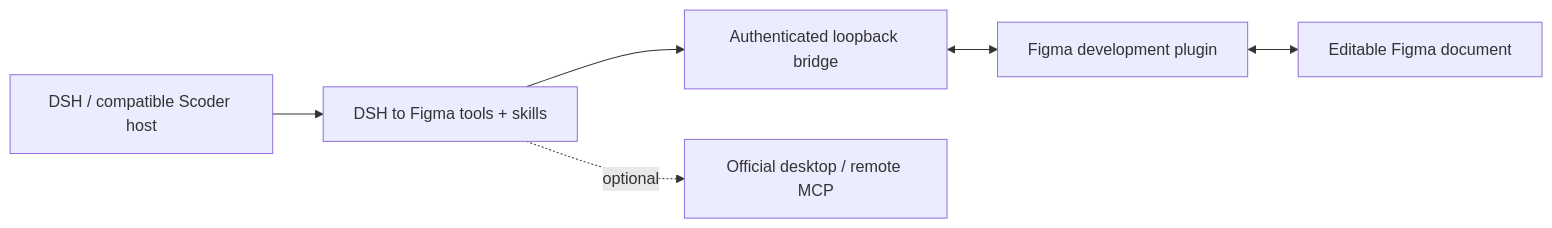
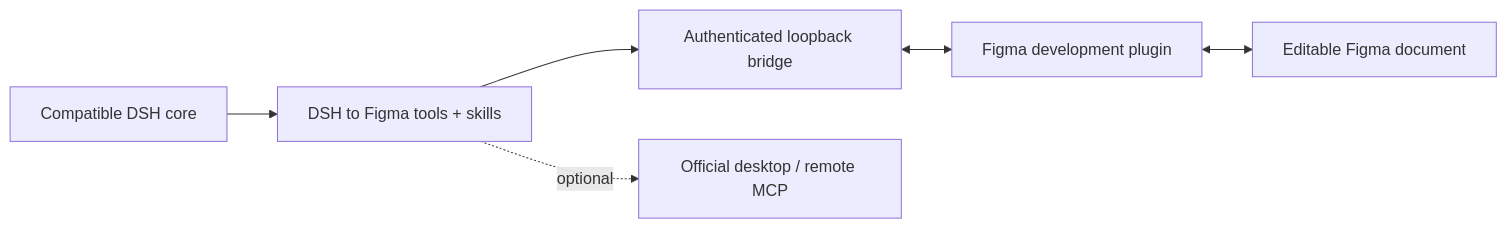
The diagram in README.md (Duoasa/DSH-to-Figma), drawn with Mermaid before and after one commit. The commit also changed other lines of this file and 9 other files, not shown here.

````diff
--- a/README.md
+++ b/README.md
@@ -38,8 +50,8 @@
 ```mermaid
 flowchart LR
-    A[DSH / compatible Scoder host] --> B[DSH to Figma tools + skills]
+    A[Compatible DSH core] --> B[DSH to Figma tools + skills]
     B --> C[Authenticated loopback bridge]
     C <--> D[Figma development plugin]
     D <--> E[Editable Figma document]
     B -. optional .-> F[Official desktop / remote MCP]
 ```
````
